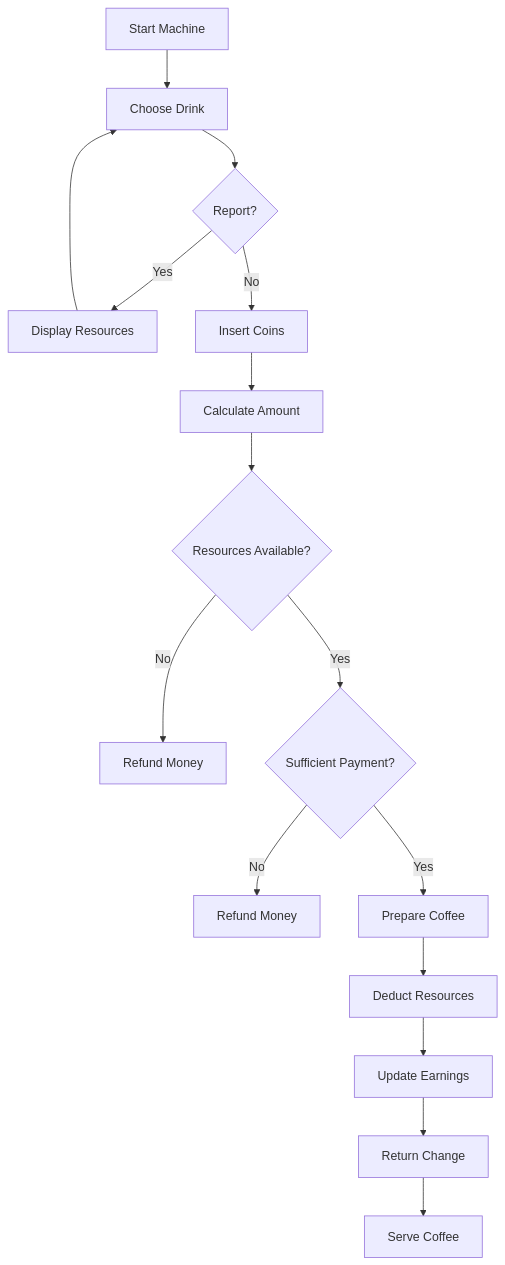
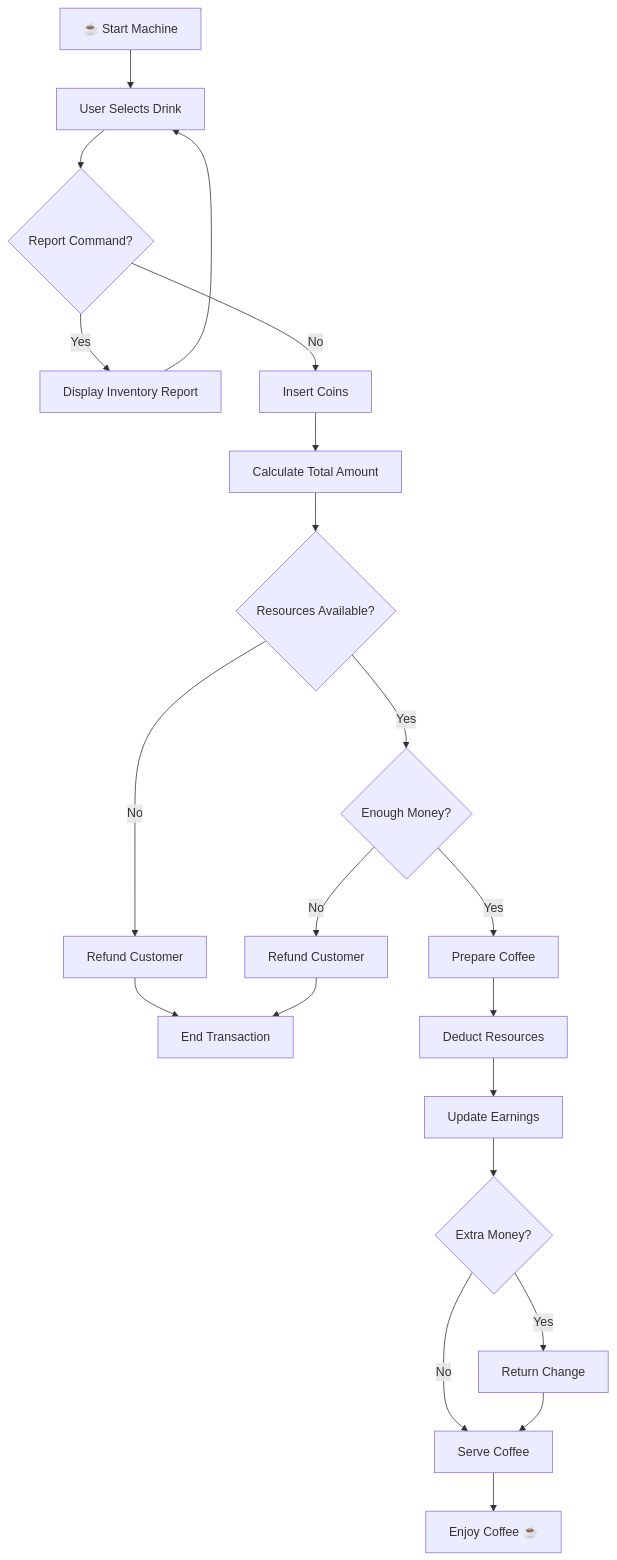
One commit to just-prem22/coffee-machine-simulator changed the diagram in README.md. Above: the diagram before and after it, drawn with Mermaid. The commit also changed other lines of this file, not shown here.

````diff
--- a/README.md
+++ b/README.md
@@ -69,26 +138,40 @@
 ```mermaid
 flowchart TD
-    A[Start Machine] --> B[Choose Drink]
 
-    B --> C{Report?}
+    A[☕ Start Machine] --> B[User Selects Drink]
 
-    C -->|Yes| D[Display Resources]
+    B --> C{Report Command?}
+
+    C -->|Yes| D[Display Inventory Report]
     D --> B
 
     C -->|No| E[Insert Coins]
 
-    E --> F[Calculate Amount]
+    E --> F[Calculate Total Amount]
 
     F --> G{Resources Available?}
 
-    G -->|No| H[Refund Money]
-    G -->|Yes| I{Sufficient Payment?}
+    G -->|No| H[Refund Customer]
+    H --> Z[End Transaction]
 
-    I -->|No| J[Refund Money]
+    G -->|Yes| I{Enough Money?}
+
+    I -->|No| J[Refund Customer]
+    J --> Z
+
     I -->|Yes| K[Prepare Coffee]
 
     K --> L[Deduct Resources]
+
     L --> M[Update Earnings]
-    M --> N[Return Change]
-    N --> O[Serve Coffee]
+
+    M --> N{Extra Money?}
+
+    N -->|Yes| O[Return Change]
+
+    N -->|No| P[Serve Coffee]
+
+    O --> P
+
+    P --> Q[Enjoy Coffee ☕]
 ```
````
